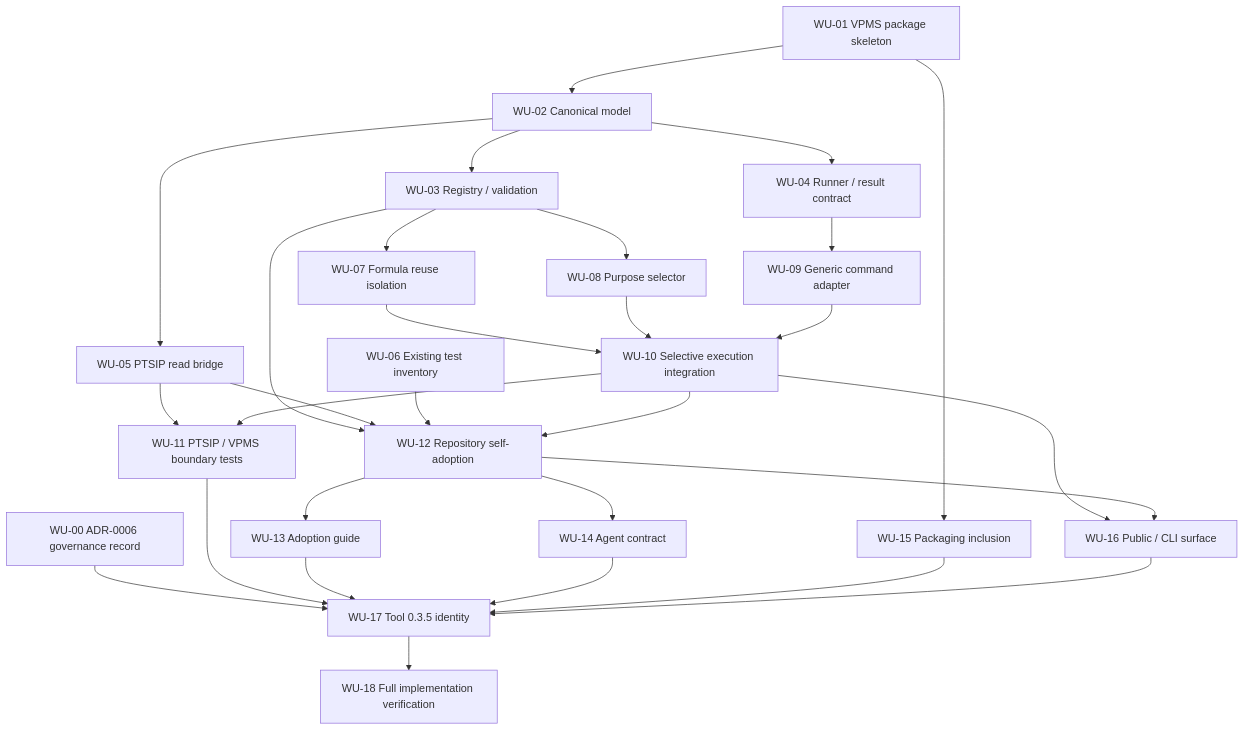
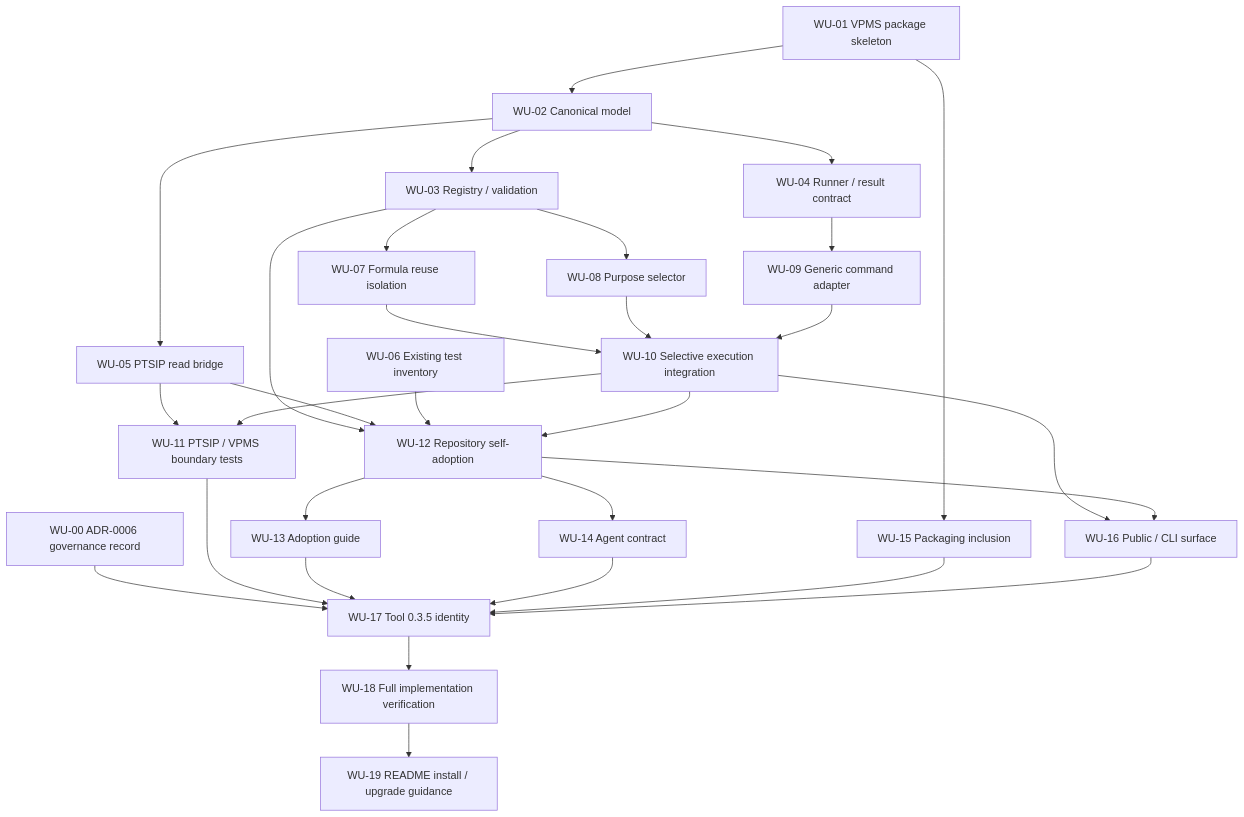
Before and after one commit to Kinirin/PTSIP: the diagram in planning/0.3.5.md, drawn with Mermaid. The commit also changed other lines of this file, not shown here.

Commit message:
planning: add WU-19 README install and upgrade guidance

````diff
--- a/planning/0.3.5.md
+++ b/planning/0.3.5.md
@@ -832,39 +834,40 @@
 ```mermaid
 flowchart TD
     WU01["WU-01 VPMS package skeleton"] --> WU02["WU-02 Canonical model"]
 
     WU02 --> WU03["WU-03 Registry / validation"]
     WU02 --> WU04["WU-04 Runner / result contract"]
     WU02 --> WU05["WU-05 PTSIP read bridge"]
     WU01 --> WU15["WU-15 Packaging inclusion"]
 
     WU03 --> WU07["WU-07 Formula reuse isolation"]
     WU03 --> WU08["WU-08 Purpose selector"]
     WU04 --> WU09["WU-09 Generic command adapter"]
 
     WU07 --> WU10["WU-10 Selective execution integration"]
     WU08 --> WU10
     WU09 --> WU10
 
     WU05 --> WU11["WU-11 PTSIP / VPMS boundary tests"]
     WU10 --> WU11
 
     WU03 --> WU12["WU-12 Repository self-adoption"]
     WU05 --> WU12
     WU06["WU-06 Existing test inventory"] --> WU12
     WU10 --> WU12
 
     WU12 --> WU13["WU-13 Adoption guide"]
     WU12 --> WU14["WU-14 Agent contract"]
     WU10 --> WU16["WU-16 Public / CLI surface"]
     WU12 --> WU16
 
     WU00["WU-00 ADR-0006 governance record"] --> WU17["WU-17 Tool 0.3.5 identity"]
     WU11 --> WU17
     WU13 --> WU17
     WU14 --> WU17
     WU15 --> WU17
     WU16 --> WU17
 
     WU17 --> WU18["WU-18 Full implementation verification"]
+    WU18 --> WU19["WU-19 README install / upgrade guidance"]
 ```
````
